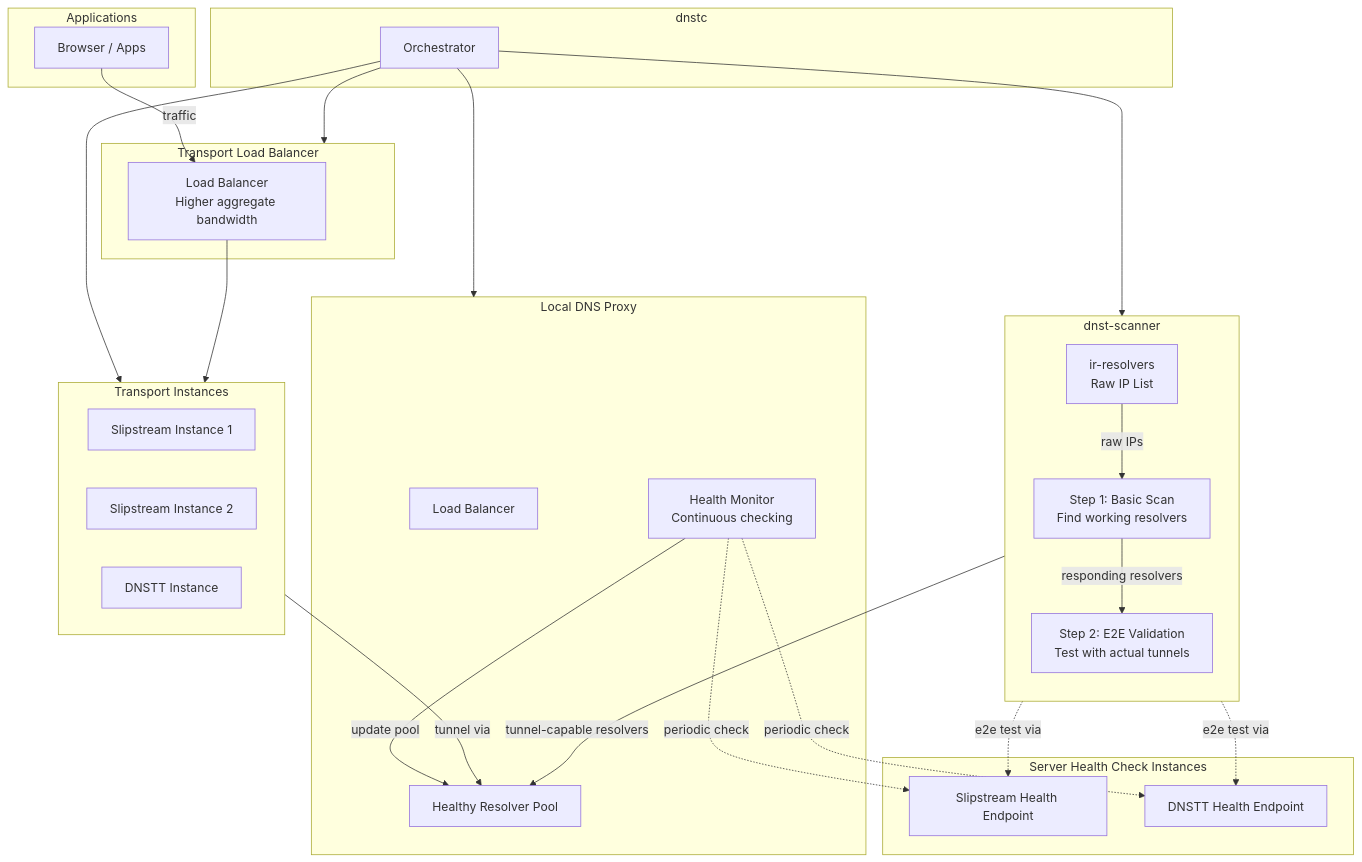
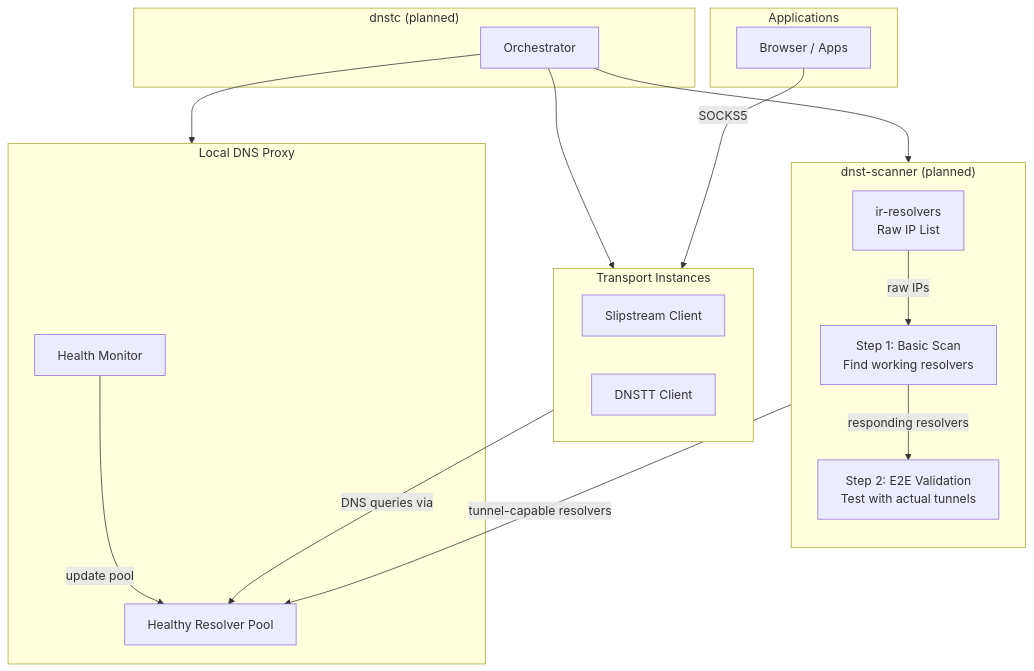
The second of 3 diagrams in profile/README.md (net2share/.github), drawn with Mermaid before and after one commit. The commit also changed other lines of this file, not shown here.

````diff
--- a/profile/README.md
+++ b/profile/README.md
@@ -197,54 +190,37 @@
 ```mermaid
 flowchart TB
-    subgraph scanner["dnst-scanner"]
+    subgraph scanner["dnst-scanner (planned)"]
         direction TB
         A[ir-resolvers<br/>Raw IP List]
         S1[Step 1: Basic Scan<br/>Find working resolvers]
         S2[Step 2: E2E Validation<br/>Test with actual tunnels]
     end
 
     subgraph dns_proxy["Local DNS Proxy"]
-        C[Load Balancer]
         D[Healthy Resolver Pool]
-        MON[Health Monitor<br/>Continuous checking]
+        MON[Health Monitor]
     end
 
-    subgraph client["dnstc"]
+    subgraph client["dnstc (planned)"]
         E[Orchestrator]
     end
 
-    subgraph transport_proxy["Transport Load Balancer"]
-        TLB[Load Balancer<br/>Higher aggregate bandwidth]
-    end
-
     subgraph transports["Transport Instances"]
-        T1[Slipstream Instance 1]
-        T2[Slipstream Instance 2]
-        T3[DNSTT Instance]
+        T1[Slipstream Client]
+        T2[DNSTT Client]
     end
 
     subgraph apps["Applications"]
         I[Browser / Apps]
     end
 
-    subgraph remote["Server Health Check Instances"]
-        R1[Slipstream Health Endpoint]
-        R2[DNSTT Health Endpoint]
-    end
-
     A -->|raw IPs| S1
     S1 -->|responding resolvers| S2
     S2 -->|tunnel-capable resolvers| D
-    S2 -.->|e2e test via| R1
-    S2 -.->|e2e test via| R2
     MON -->|update pool| D
-    MON -.->|periodic check| R1
-    MON -.->|periodic check| R2
     E --> scanner
     E --> dns_proxy
-    E --> transport_proxy
     E --> transports
-    I -->|traffic| TLB
-    TLB --> transports
-    transports -->|tunnel via| D
+    I -->|SOCKS5| transports
+    transports -->|DNS queries via| D
 ```
````
